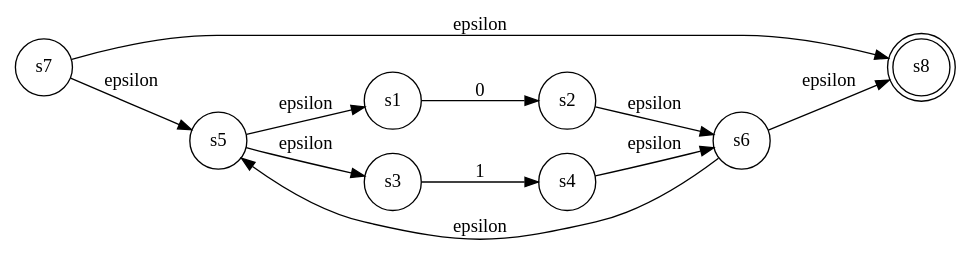
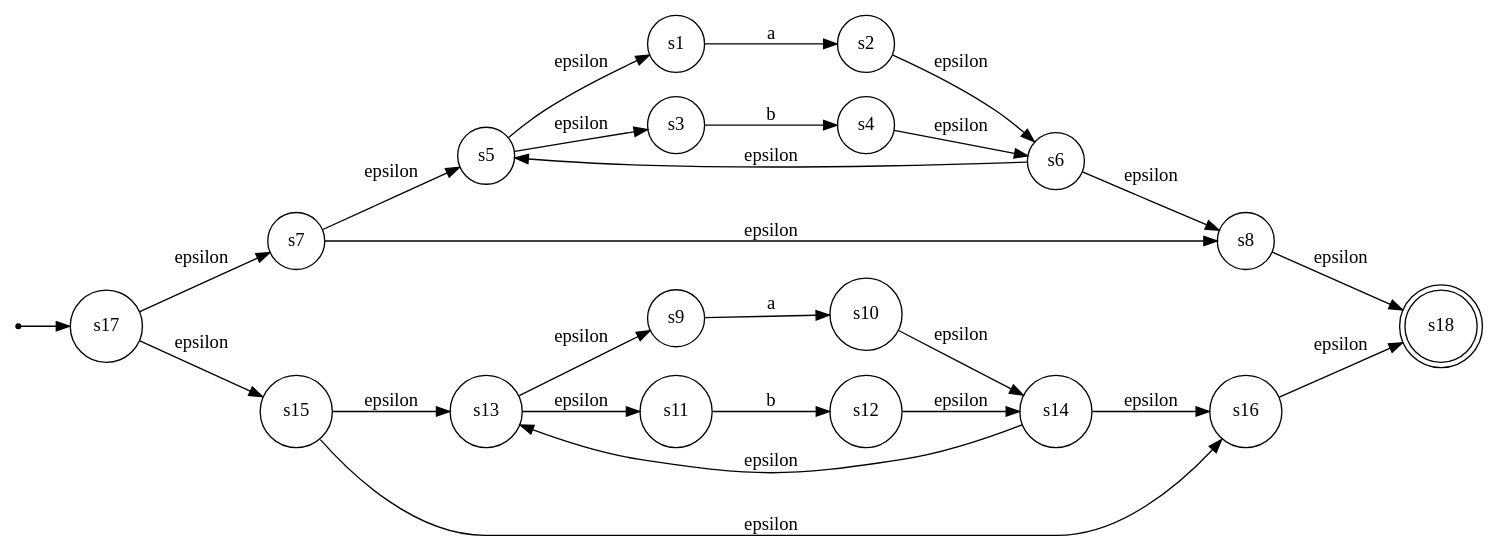
The diagram in graphs/eNFA_graph.gv (kennysusanto/FLAmid), drawn with Graphviz before and after one commit. The commit also changed 2 other files, not shown here.

```diff
--- a/graphs/eNFA_graph.gv
+++ b/graphs/eNFA_graph.gv
@@ -1,16 +1,33 @@
 digraph G {
 	rankdir=LR
+	node [shape=point]
+	sa
 	node [shape=doublecircle]
-	s8
+	s18
 	node [shape=circle]
+	sa -> s17
+	s17 -> s7 [label=epsilon]
+	s17 -> s15 [label=epsilon]
 	s7 -> s5 [label=epsilon]
 	s7 -> s8 [label=epsilon]
 	s5 -> s1 [label=epsilon]
 	s5 -> s3 [label=epsilon]
-	s1 -> s2 [label=0]
+	s1 -> s2 [label=a]
 	s2 -> s6 [label=epsilon]
 	s6 -> s8 [label=epsilon]
 	s6 -> s5 [label=epsilon]
-	s3 -> s4 [label=1]
+	s8 -> s18 [label=epsilon]
+	s3 -> s4 [label=b]
 	s4 -> s6 [label=epsilon]
+	s15 -> s13 [label=epsilon]
+	s15 -> s16 [label=epsilon]
+	s13 -> s9 [label=epsilon]
+	s13 -> s11 [label=epsilon]
+	s9 -> s10 [label=a]
+	s10 -> s14 [label=epsilon]
+	s14 -> s16 [label=epsilon]
+	s14 -> s13 [label=epsilon]
+	s16 -> s18 [label=epsilon]
+	s11 -> s12 [label=b]
+	s12 -> s14 [label=epsilon]
 }
```
